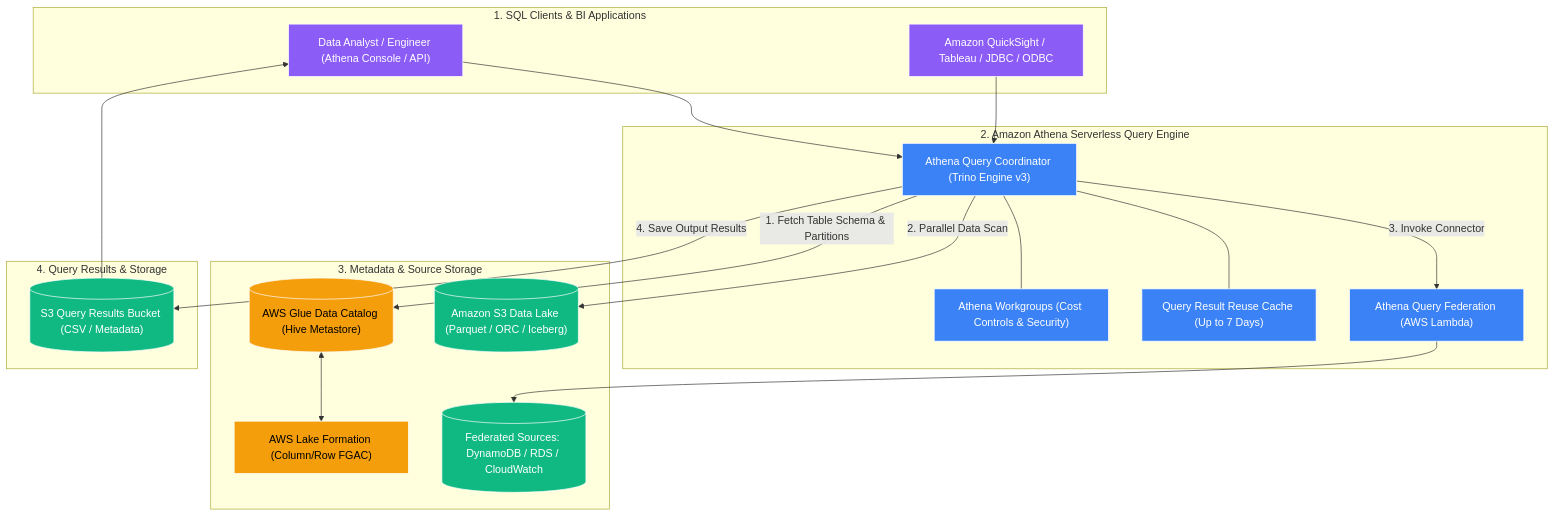
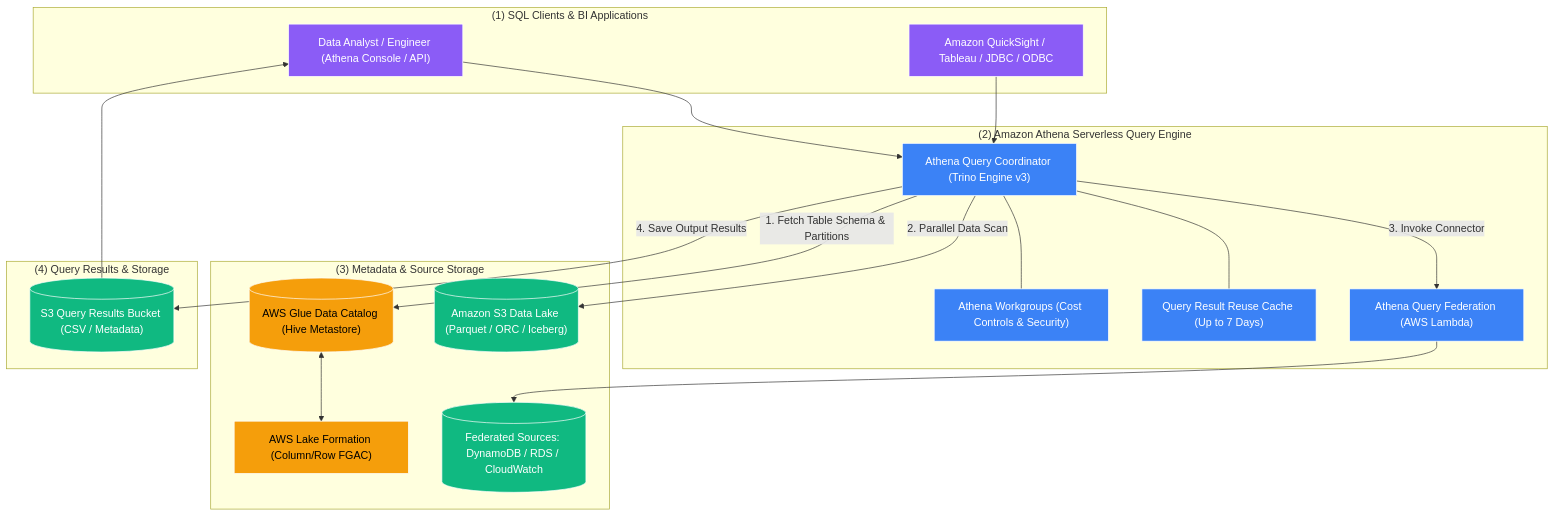
The diagram in content/en/02-services/analytics-streaming/athena/athena.md (Wathon/aws-dea-c01-note), drawn with Mermaid before and after one commit. The commit also changed 49 other files, not shown here.

Commit message:
Fix 'Unsupported markdown: list' Mermaid rendering issues across all English and Burmese notes

````diff
--- a/content/en/02-services/analytics-streaming/athena/athena.md
+++ b/content/en/02-services/analytics-streaming/athena/athena.md
@@ -32,49 +32,49 @@
 ```mermaid
 graph TD
-    subgraph Clients["1. SQL Clients & BI Applications"]
+    subgraph Clients["(1) SQL Clients & BI Applications"]
         Analyst["Data Analyst / Engineer (Athena Console / API)"]
         BI["Amazon QuickSight / Tableau / JDBC / ODBC"]
     end
 
-    subgraph AthenaEngine["2. Amazon Athena Serverless Query Engine"]
+    subgraph AthenaEngine["(2) Amazon Athena Serverless Query Engine"]
         Coordinator["Athena Query Coordinator (Trino Engine v3)"]
         Workgroups["Athena Workgroups (Cost Controls & Security)"]
         ResultCache["Query Result Reuse Cache (Up to 7 Days)"]
         FederationEngine["Athena Query Federation (AWS Lambda)"]
     end
 
-    subgraph MetadataStorage["3. Metadata & Source Storage"]
+    subgraph MetadataStorage["(3) Metadata & Source Storage"]
         Catalog[("AWS Glue Data Catalog (Hive Metastore)")]
         LakeFormation["AWS Lake Formation (Column/Row FGAC)"]
         S3DataLake[("Amazon S3 Data Lake (Parquet / ORC / Iceberg)")]
         ExtDB[("Federated Sources: DynamoDB / RDS / CloudWatch")]
     end
 
-    subgraph OutputLocation["4. Query Results & Storage"]
+    subgraph OutputLocation["(4) Query Results & Storage"]
         S3Results[("S3 Query Results Bucket (CSV / Metadata)")]
     end
 
     Analyst --> Coordinator
     BI --> Coordinator
     Coordinator --- Workgroups
     Coordinator --- ResultCache
     
     Coordinator -->|1. Fetch Table Schema & Partitions| Catalog
     Catalog <--> LakeFormation
     Coordinator -->|2. Parallel Data Scan| S3DataLake
     Coordinator -->|3. Invoke Connector| FederationEngine
     FederationEngine --> ExtDB
     
     Coordinator -->|4. Save Output Results| S3Results
     S3Results --> Analyst
 
     classDef client fill:#8b5cf6,stroke:#fff,stroke-width:1px,color:#fff;
     classDef engine fill:#3b82f6,stroke:#fff,stroke-width:1px,color:#fff;
     classDef meta fill:#f59e0b,stroke:#fff,stroke-width:1px,color:#000;
     classDef storage fill:#10b981,stroke:#fff,stroke-width:1px,color:#fff;
 
     class Analyst,BI client;
     class Coordinator,Workgroups,ResultCache,FederationEngine engine;
     class Catalog,LakeFormation meta;
     class S3DataLake,ExtDB,S3Results storage;
 ```
````
